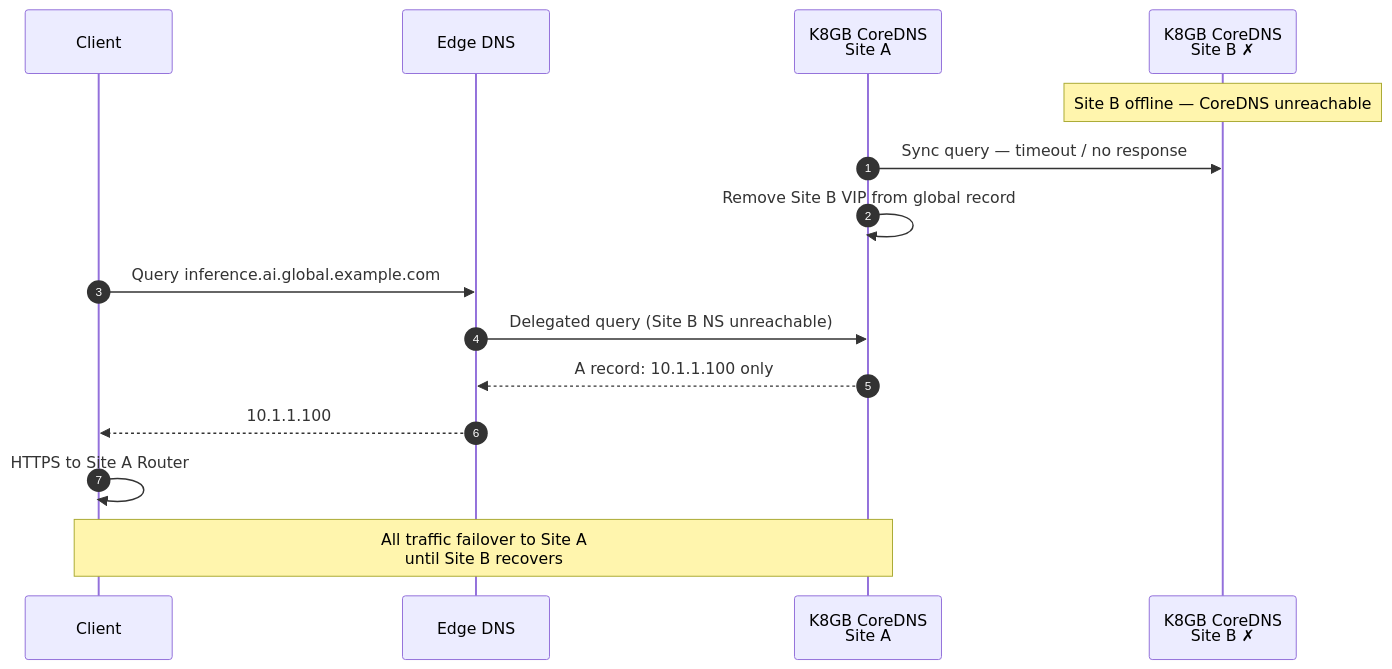
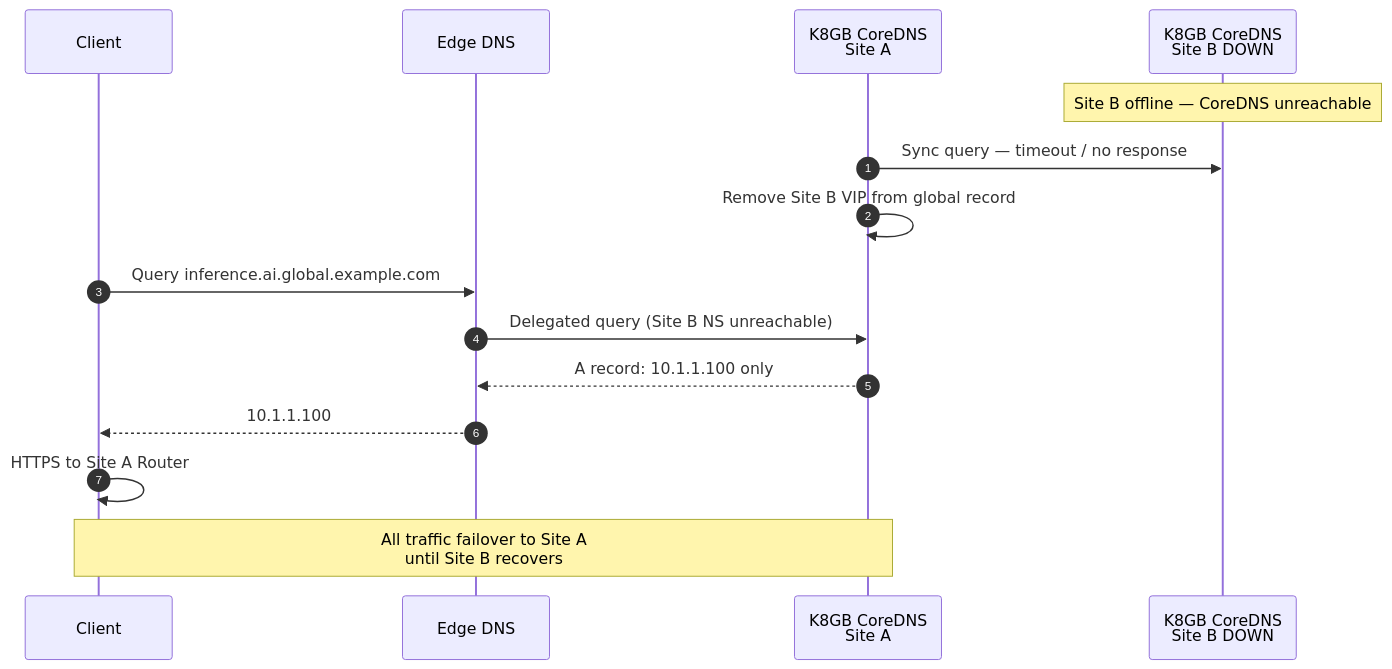
The seventh of 11 diagrams in global-load-balancing-k8gb-openshift.md (yajuvendrarawat/GLB-for-multisite-Openshift), drawn with Mermaid before and after one commit. The commit also changed other lines of this file, not shown here.

````diff
--- a/global-load-balancing-k8gb-openshift.md
+++ b/global-load-balancing-k8gb-openshift.md
@@ -284,21 +284,21 @@
 ```mermaid
 sequenceDiagram
   autonumber
   participant C as Client
   participant E as Edge DNS
   participant CA as K8GB CoreDNS<br/>Site A
-  participant CB as K8GB CoreDNS<br/>Site B ✗
+  participant CB as K8GB CoreDNS<br/>Site B DOWN
 
   Note over CB: Site B offline — CoreDNS unreachable
 
   CA->>CB: Sync query — timeout / no response
   CA->>CA: Remove Site B VIP from global record
 
   C->>E: Query inference.ai.global.example.com
   E->>CA: Delegated query (Site B NS unreachable)
   CA-->>E: A record: 10.1.1.100 only
   E-->>C: 10.1.1.100
 
   C->>C: HTTPS to Site A Router
   Note over C,CA: All traffic failover to Site A<br/>until Site B recovers
 ```
````
